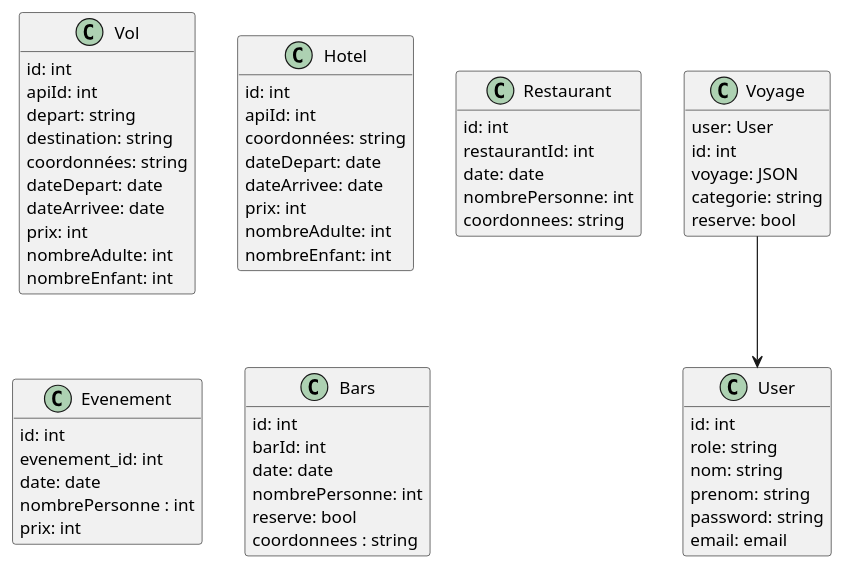
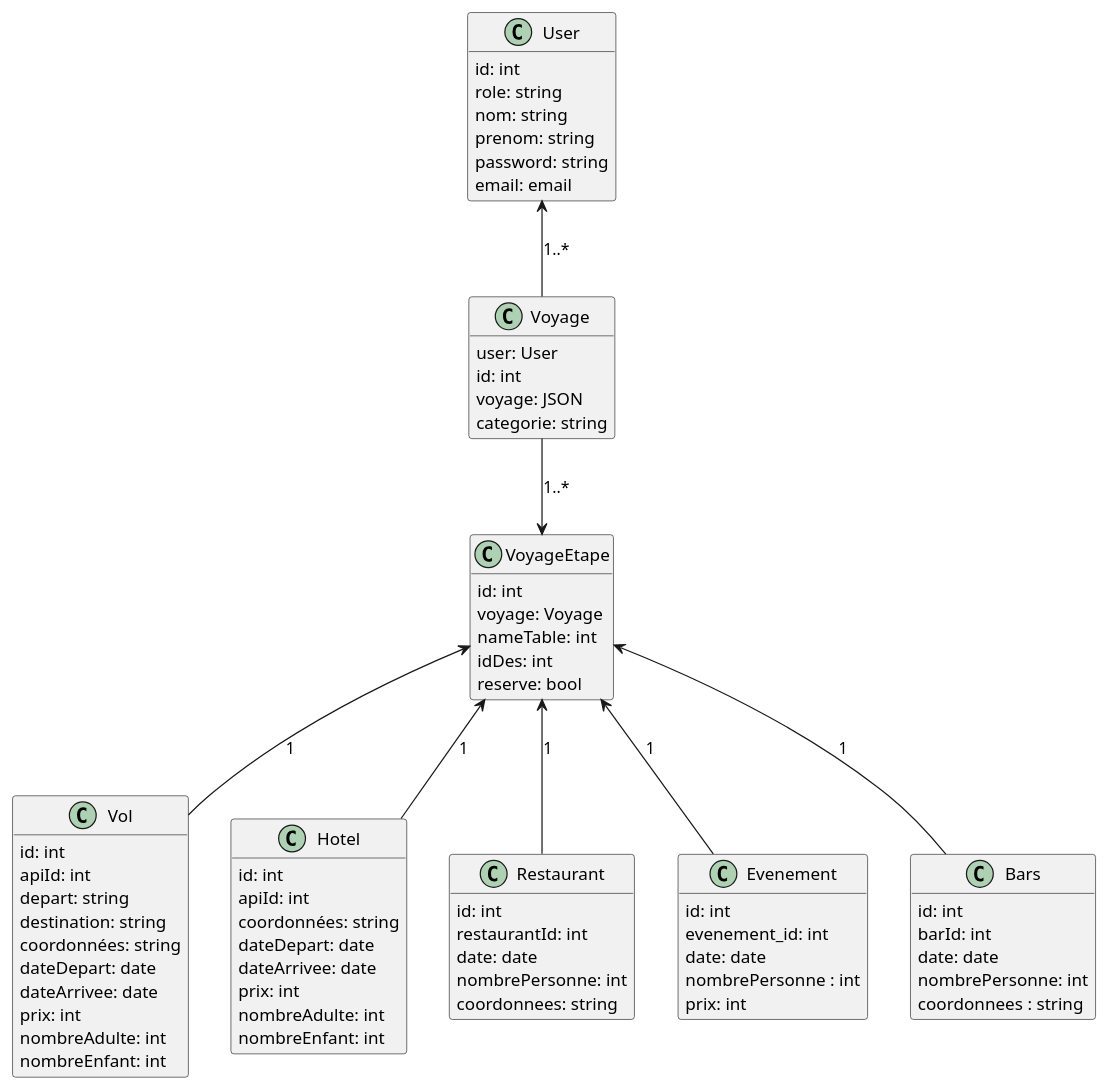
Before and after one commit to Msc1-NAN24/T-WEB-800-NAN_6: the diagram in Documentation/DiagramClass.puml, drawn with PlantUML.

Commit message:
feat: many to any in diagram

```diff
--- a/Documentation/DiagramClass.puml
+++ b/Documentation/DiagramClass.puml
@@ -1,72 +1,87 @@
 @startuml
 hide methods
 
 class User {
     id: int
     role: string
     nom: string
     prenom: string
     password: string
     email: email
 }
 
 class Voyage{
     user: User
     id: int
     voyage: JSON
     categorie: string
-    reserve: bool
 }
 
 class Vol{
     id: int
     apiId: int
     depart: string
     destination: string
     coordonnées: string
     dateDepart: date
     dateArrivee: date
     prix: int
     nombreAdulte: int
     nombreEnfant: int
 }
+
 
 class Hotel{
     id: int
     apiId: int
     coordonnées: string
     dateDepart: date
     dateArrivee: date
     prix: int
     nombreAdulte: int
     nombreEnfant: int
 }
 
 class Restaurant{
     id: int
     restaurantId: int
     date: date
     nombrePersonne: int
     coordonnees: string
 }
 
 class Evenement{
     id: int
     evenement_id: int
     date: date
     nombrePersonne : int
     prix: int
 }
 
 class Bars{
     id: int
     barId: int
     date: date
     nombrePersonne: int
-    reserve: bool
     coordonnees : string
 }
 
-Voyage --> User
+class VoyageEtape {
+    id: int
+    voyage: Voyage
+    nameTable: int
+    idDes: int
+    reserve: bool
+}
+
+
+User <-- Voyage: "1..*"
+Voyage --> VoyageEtape: "1..*"
+VoyageEtape <-- Vol: "1"
+VoyageEtape <-- Bars: "1"
+VoyageEtape <-- Restaurant: "1"
+VoyageEtape <-- Hotel: "1"
+VoyageEtape <-- Evenement: "1"
+
 
 @enduml
```
